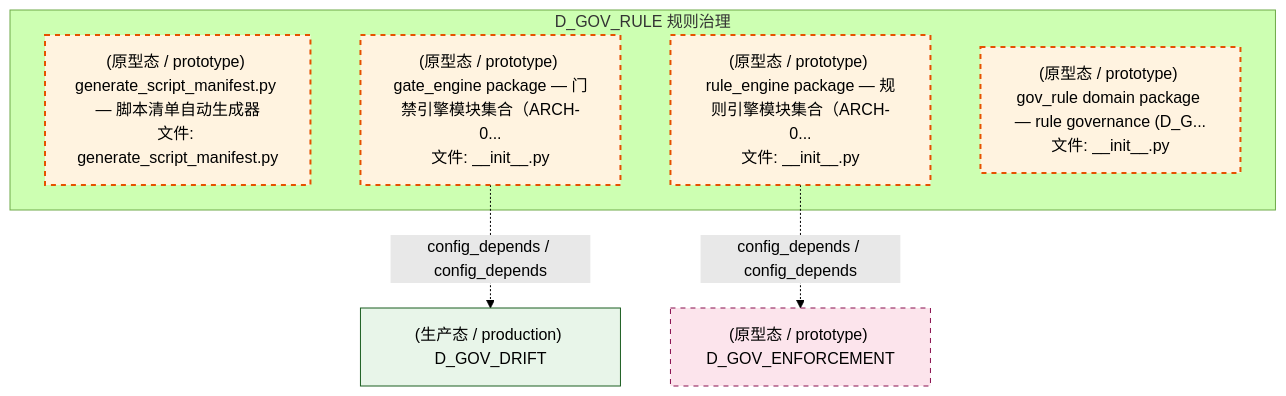
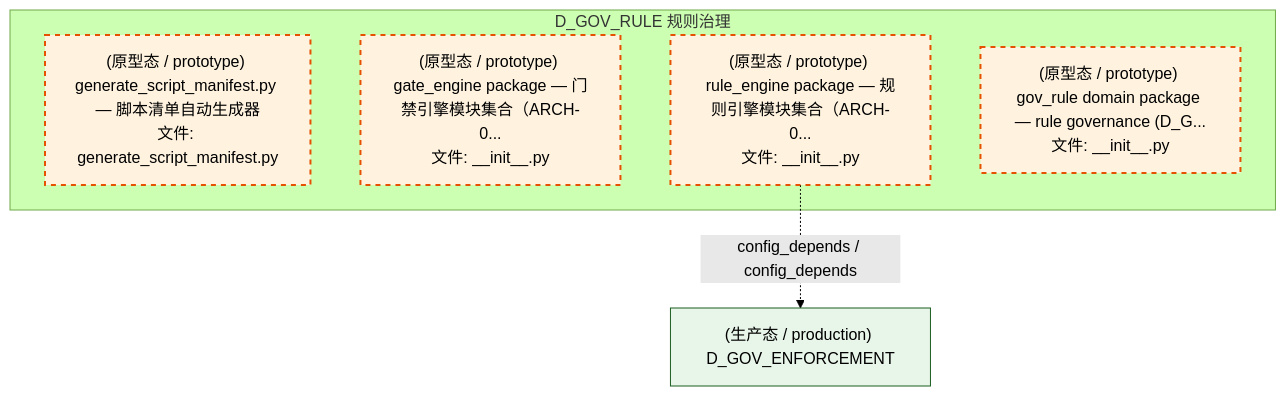
Before and after one commit to xuanFelixVan/ZephyrAlpha: the fourth of 5 diagrams in docs/02_enterprise_architecture/02_domain_architecture_docs/45_d_gov_rule.md, drawn with Mermaid (forest theme). The commit also changed other lines of this file and 101 other files, not shown here.

````diff
--- a/docs/02_enterprise_architecture/02_domain_architecture_docs/45_d_gov_rule.md
+++ b/docs/02_enterprise_architecture/02_domain_architecture_docs/45_d_gov_rule.md
@@ -346,20 +346,17 @@
 ```mermaid
 graph TD
     subgraph D_GOV_RULE["D_GOV_RULE 规则治理"]
         scripts_governance_generators_generate_script_manifest_py["(原型态 / prototype) generate_script_manifest.py — 脚本清单自动生成器<br/>文件: generate_script_manifest.py"]
         src_zephyr_gov_enforcement_rule_enforcement_gate_engine_init_py["(原型态 / prototype) gate_engine package — 门禁引擎模块集合（ARCH-0...<br/>文件: __init__.py"]
         src_zephyr_gov_enforcement_rule_enforcement_rule_engine_init_py["(原型态 / prototype) rule_engine package — 规则引擎模块集合（ARCH-0...<br/>文件: __init__.py"]
         src_zephyr_gov_rule_init_py["(原型态 / prototype) gov_rule domain package — rule governance (D_G...<br/>文件: __init__.py"]
     end
-    D_GOV_DRIFT["(生产态 / production) D_GOV_DRIFT"]
-    src_zephyr_gov_enforcement_rule_enforcement_gate_engine_init_py -.->|config_depends / config_depends| D_GOV_DRIFT
-    D_GOV_ENFORCEMENT["(原型态 / prototype) D_GOV_ENFORCEMENT"]
+    D_GOV_ENFORCEMENT["(生产态 / production) D_GOV_ENFORCEMENT"]
     src_zephyr_gov_enforcement_rule_enforcement_rule_engine_init_py -.->|config_depends / config_depends| D_GOV_ENFORCEMENT
     classDef production fill:#e1f5fe,stroke:#01579b,stroke-width:2px,color:#000
     classDef design fill:#fff3e0,stroke:#e65100,stroke-width:2px,color:#000,stroke-dasharray: 5 5
     classDef external_prod fill:#e8f5e9,stroke:#1b5e20,stroke-width:1px,color:#000
     classDef external_design fill:#fce4ec,stroke:#880e4f,stroke-width:1px,color:#000,stroke-dasharray: 5 5
     class scripts_governance_generators_generate_script_manifest_py,src_zephyr_gov_enforcement_rule_enforcement_gate_engine_init_py,src_zephyr_gov_enforcement_rule_enforcement_rule_engine_init_py,src_zephyr_gov_rule_init_py design
-    class D_GOV_DRIFT external_prod
-    class D_GOV_ENFORCEMENT external_design
+    class D_GOV_ENFORCEMENT external_prod
 ```
````
